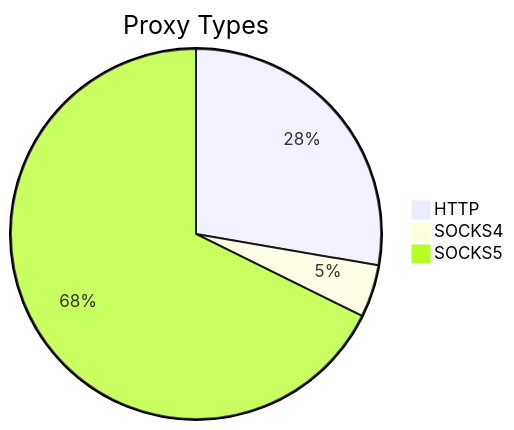
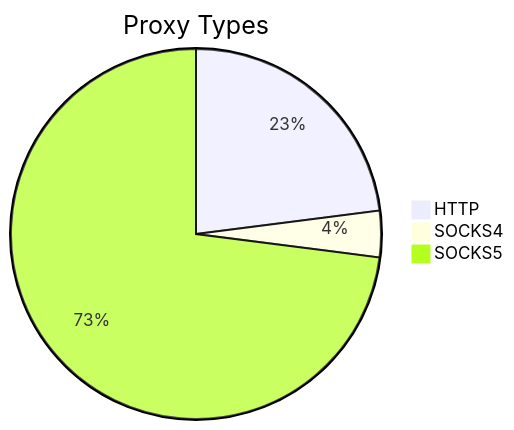
Before and after one commit to stormsia/proxy-list: the first of 2 diagrams in README.md, drawn with Mermaid. The commit also changed other lines of this file, not shown here.

````diff
--- a/README.md
+++ b/README.md
@@ -21,6 +21,6 @@
 ```mermaid
 pie title Proxy Types
-    "HTTP" : 115
-    "SOCKS4" : 19
-    "SOCKS5" : 281
+    "HTTP" : 68
+    "SOCKS4" : 12
+    "SOCKS5" : 216
 ```
````
